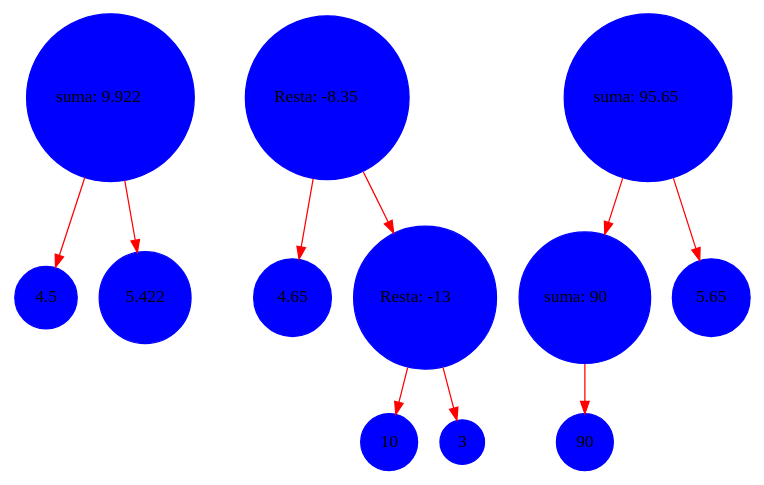
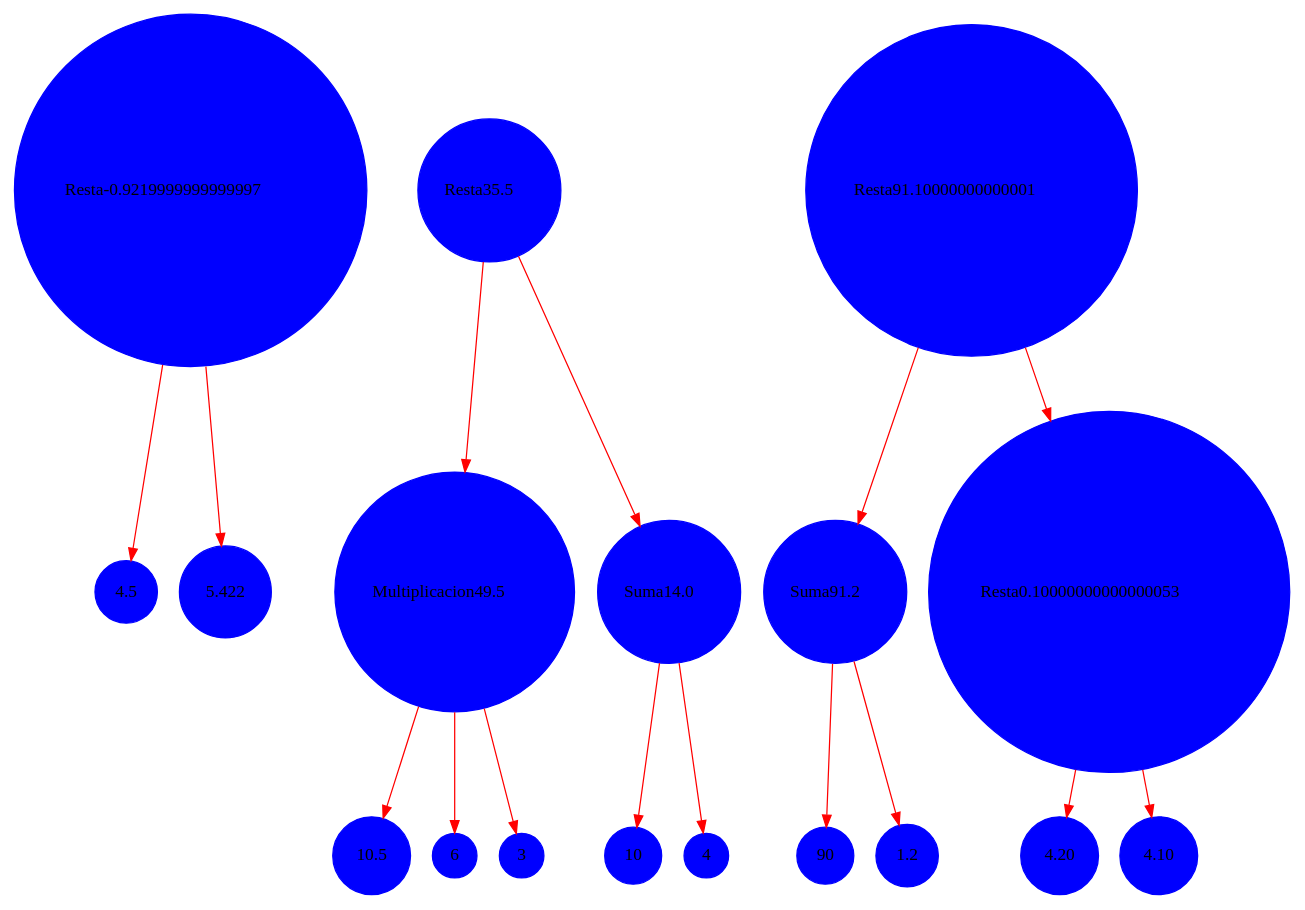
One commit to Jhonsagui81/-LFP-royecto1_202106003 changed the diagram in Documentacion/grafo.dot. Above: the diagram before and after it, drawn with Graphviz. The commit also changed 7 other files, not shown here.

Commit message:
Correccion de bugs Suma-resta-multi

```diff
--- a/Documentacion/grafo.dot
+++ b/Documentacion/grafo.dot
@@ -1,24 +1,36 @@
 digraph {
 	rankdir=TB
 	4.5 [shape=circle style=filled color = blue]
- 	suma1 -> 4.5 [shape=record color=red]
+ 	resta1 -> 4.5 [shape=record color=red]
 	5.422 [shape=circle style=filled color = blue]
- 	suma1 -> 5.422 [shape=record color=red]
-	suma1 [shape=circle style=filled color = blue, label=<suma: 9.922>]
- 	4.65 [shape=circle style=filled color = blue]
- 	resta2 -> 4.65 [shape=record color=red]
+ 	resta1 -> 5.422 [shape=record color=red]
+	resta1 [shape=circle style=filled color = blue, label=<Resta-0.9219999999999997>]
+ 	10.5 [shape=circle style=filled color = blue]
+ 	Multiplicacion102 -> 10.5 [shape=record color=red]
+	6 [shape=circle style=filled color = blue]
+ 	Multiplicacion102 -> 6 [shape=record color=red]
+	3 [shape=circle style=filled color = blue]
+ 	Multiplicacion102 -> 3 [shape=record color=red]
+	Multiplicacion102 [shape=circle style=filled color = blue, label=<Multiplicacion49.5>]
+ 	resta2 -> Multiplicacion102 [shape=record color=red]
 	10 [shape=circle style=filled color = blue]
- 	resta102 -> 10 [shape=record color=red]
-	3 [shape=circle style=filled color = blue]
- 	resta102 -> 3 [shape=record color=red]
-	resta102 [shape=circle style=filled color = blue, label=<Resta: -13>]
- 	resta2 -> resta102 [shape=record color=red]
-	resta2 [shape=circle style=filled color = blue, label=<Resta: -8.35>]
+ 	Suma102 -> 10 [shape=record color=red]
+	4 [shape=circle style=filled color = blue]
+ 	Suma102 -> 4 [shape=record color=red]
+	Suma102 [shape=circle style=filled color = blue, label=<Suma14.0>]
+ 	resta2 -> Suma102 [shape=record color=red]
+	resta2 [shape=circle style=filled color = blue, label=<Resta35.5>]
  	90 [shape=circle style=filled color = blue]
- 	suma103 -> 90 [shape=record color=red]
-	suma103 [shape=circle style=filled color = blue, label=<suma: 90>]
- 	suma3 -> suma103 [shape=record color=red]
-	5.65 [shape=circle style=filled color = blue]
- 	suma3 -> 5.65 [shape=record color=red]
-	suma3 [shape=circle style=filled color = blue, label=<suma: 95.65>]
+ 	Suma103 -> 90 [shape=record color=red]
+	1.2 [shape=circle style=filled color = blue]
+ 	Suma103 -> 1.2 [shape=record color=red]
+	Suma103 [shape=circle style=filled color = blue, label=<Suma91.2>]
+ 	resta3 -> Suma103 [shape=record color=red]
+	4.20 [shape=circle style=filled color = blue]
+ 	Resta103 -> 4.20 [shape=record color=red]
+	4.10 [shape=circle style=filled color = blue]
+ 	Resta103 -> 4.10 [shape=record color=red]
+	Resta103 [shape=circle style=filled color = blue, label=<Resta0.10000000000000053>]
+ 	resta3 -> Resta103 [shape=record color=red]
+	resta3 [shape=circle style=filled color = blue, label=<Resta91.10000000000001>]
  }
```
